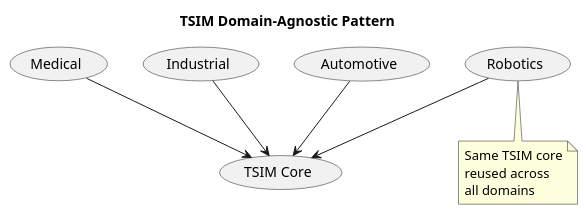
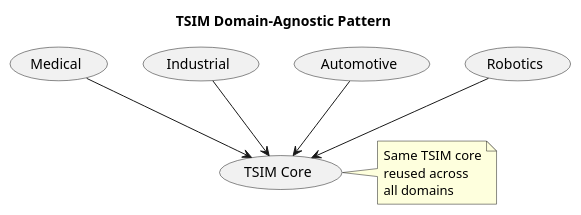
The diagram in examples/tsim_docs/diagrams/03_domain_applicability.puml (BitVortex/OSQAr), drawn with PlantUML before and after one commit. The commit also changed 28 other files, not shown here.

```diff
--- a/examples/tsim_docs/diagrams/03_domain_applicability.puml
+++ b/examples/tsim_docs/diagrams/03_domain_applicability.puml
@@ -1,22 +1,22 @@
 @startuml TSIM_DomainApplicability
 
 title TSIM Domain-Agnostic Pattern
 
 usecase "TSIM Core" as Core
 usecase "Medical" as Med
 usecase "Industrial" as Ind
 usecase "Automotive" as Auto
 usecase "Robotics" as Rob
 
 Med --> Core
 Ind --> Core
 Auto --> Core
 Rob --> Core
 
-note bottom
+note right of Core
 	Same TSIM core
 	reused across
 	all domains
 end note
 
 @enduml
```
